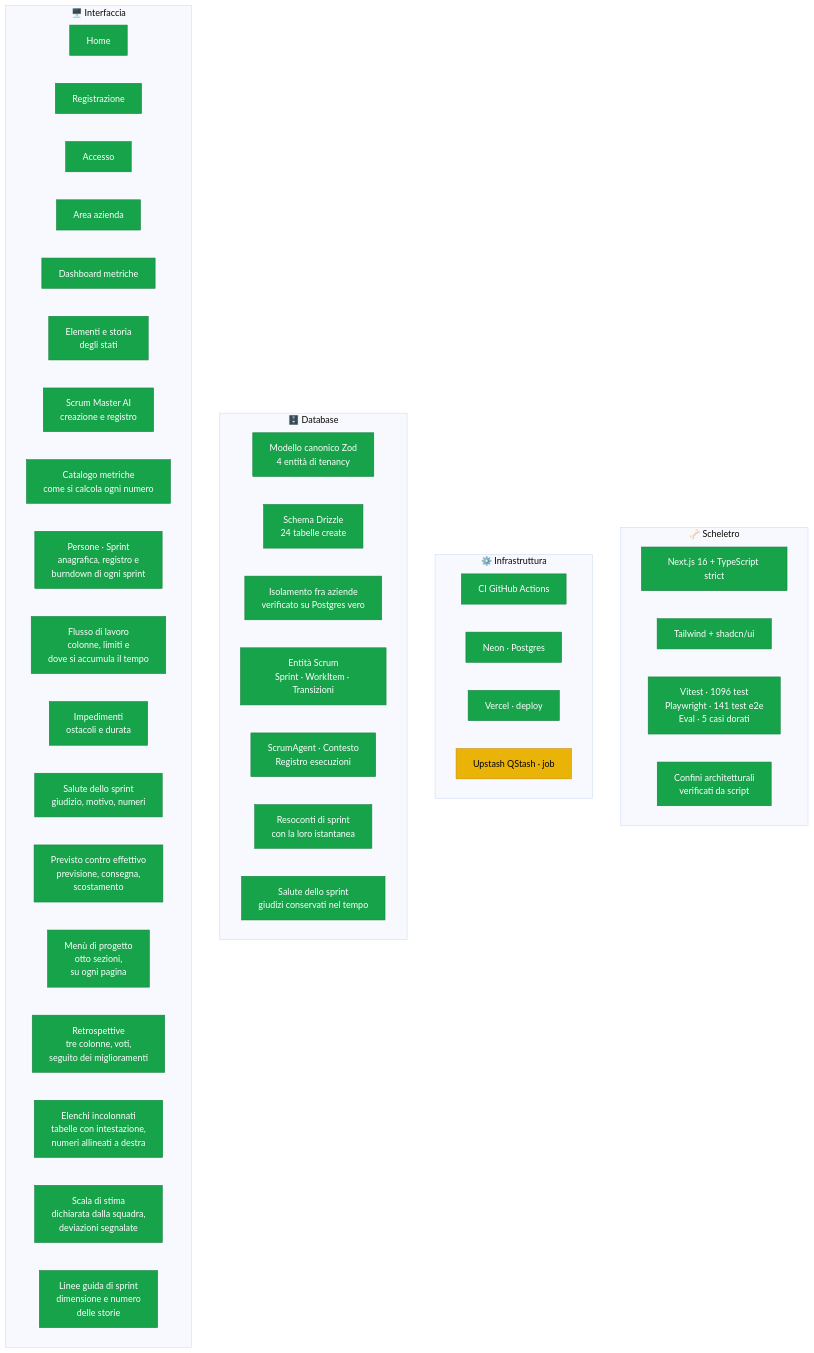
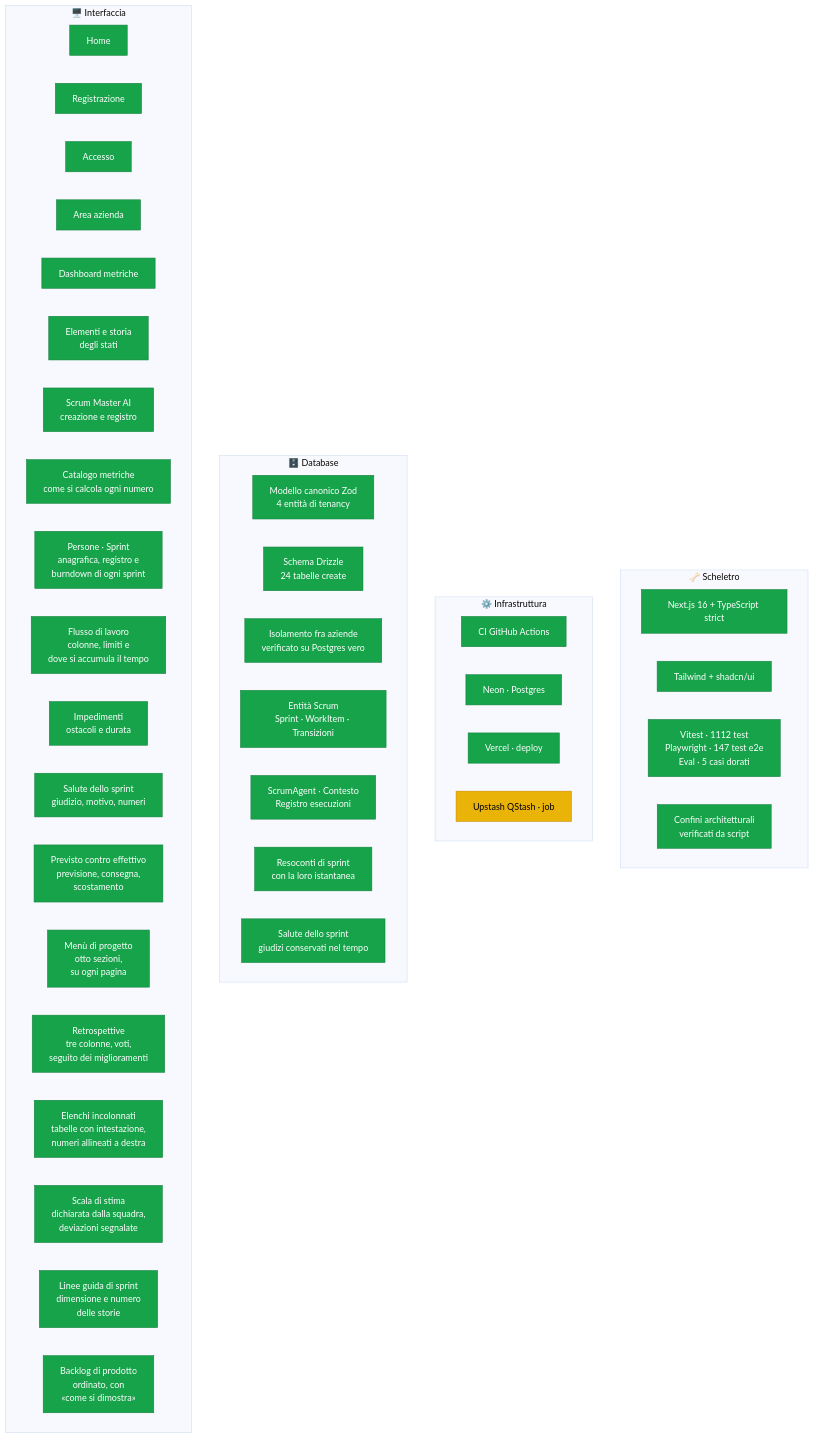
Before and after one commit to dibari62/scrum-master-ai: the first of 3 diagrams in docs/stato-progetto.md, drawn with Mermaid (base theme). The commit also changed other lines of this file and 19 other files, not shown here.

````diff
--- a/docs/stato-progetto.md
+++ b/docs/stato-progetto.md
@@ -16,57 +16,58 @@
 ```mermaid
 graph TB
     subgraph SCH["🦴 Scheletro"]
         S1["Next.js 16 + TypeScript strict"]
         S2["Tailwind + shadcn/ui"]
-        S3["Vitest · 1096 test<br/>Playwright · 141 test e2e<br/>Eval · 5 casi dorati"]
+        S3["Vitest · 1112 test<br/>Playwright · 147 test e2e<br/>Eval · 5 casi dorati"]
         S4["Confini architetturali<br/>verificati da script"]
     end
 
     subgraph INF["⚙️ Infrastruttura"]
         I1["CI GitHub Actions"]
         I2["Neon · Postgres"]
         I3["Vercel · deploy"]
         I4["Upstash QStash · job"]
     end
 
     subgraph DB["🗄️ Database"]
         D1["Modello canonico Zod<br/>4 entità di tenancy"]
         D2["Schema Drizzle<br/>24 tabelle create"]
         D3["Isolamento fra aziende<br/>verificato su Postgres vero"]
         D4["Entità Scrum<br/>Sprint · WorkItem · Transizioni"]
         D5["ScrumAgent · Contesto<br/>Registro esecuzioni"]
         D6["Resoconti di sprint<br/>con la loro istantanea"]
         D7["Salute dello sprint<br/>giudizi conservati nel tempo"]
     end
 
     subgraph UI["🖥️ Interfaccia"]
         U1["Home"]
         U2["Registrazione"]
         U3["Accesso"]
         U4["Area azienda"]
         U5["Dashboard metriche"]
         U7["Elementi e storia<br/>degli stati"]
         U6["Scrum Master AI<br/>creazione e registro"]
         U8["Catalogo metriche<br/>come si calcola ogni numero"]
         U9["Persone · Sprint<br/>anagrafica, registro e<br/>burndown di ogni sprint"]
         U10["Flusso di lavoro<br/>colonne, limiti e<br/>dove si accumula il tempo"]
         U11["Impedimenti<br/>ostacoli e durata"]
         U12["Salute dello sprint<br/>giudizio, motivo, numeri"]
         U13["Previsto contro effettivo<br/>previsione, consegna,<br/>scostamento"]
         U14["Menù di progetto<br/>otto sezioni,<br/>su ogni pagina"]
         U15["Retrospettive<br/>tre colonne, voti,<br/>seguito dei miglioramenti"]
         U16["Elenchi incolonnati<br/>tabelle con intestazione,<br/>numeri allineati a destra"]
         U17["Scala di stima<br/>dichiarata dalla squadra,<br/>deviazioni segnalate"]
         U18["Linee guida di sprint<br/>dimensione e numero<br/>delle storie"]
+        U19["Backlog di prodotto<br/>ordinato, con<br/>«come si dimostra»"]
     end
 
     classDef fatto fill:#16a34a,stroke:#15803d,color:#fff
     classDef corso fill:#eab308,stroke:#ca8a04,color:#000
     classDef todo fill:#e5e7eb,stroke:#9ca3af,color:#6b7280
 
     class S1,S2,S3,S4 fatto
     class I1,I2,I3 fatto
     class I4 corso
     class D1,D2,D3,D4,D5,D6,D7 fatto
-    class U1,U2,U3,U4,U5,U6,U7,U8,U9,U10,U11,U12,U13,U14,U15,U16,U17,U18 fatto
+    class U1,U2,U3,U4,U5,U6,U7,U8,U9,U10,U11,U12,U13,U14,U15,U16,U17,U18,U19 fatto
 ```
````
